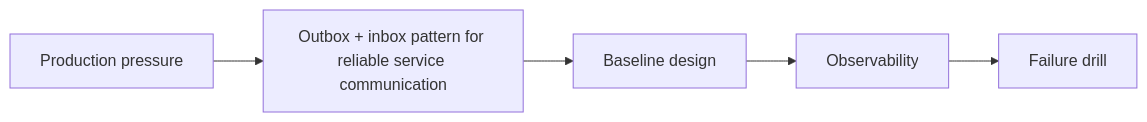
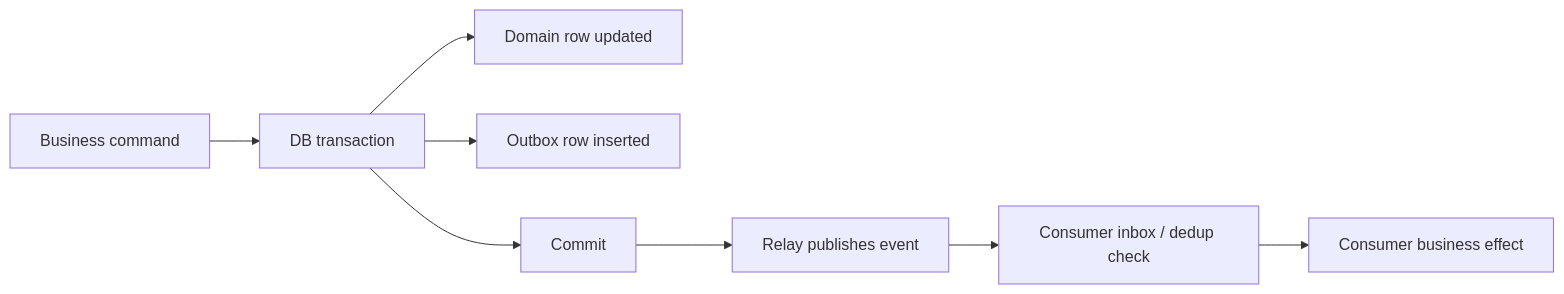
The diagram in _posts/2026-12-05-outbox-inbox-reliable-communication-pattern-part-1.md (sandeepbhardwaj/sandeepbhardwaj.github.io), drawn with Mermaid before and after one commit. The commit also changed other lines of this file and 40 other files, not shown here.

````diff
--- a/_posts/2026-12-05-outbox-inbox-reliable-communication-pattern-part-1.md
+++ b/_posts/2026-12-05-outbox-inbox-reliable-communication-pattern-part-1.md
@@ -57,7 +58,10 @@
 ```mermaid
 flowchart LR
-    A[Production pressure] --> B[Outbox + inbox pattern for reliable service communication]
-    B --> C[Baseline design]
-    C --> D[Observability]
-    D --> E[Failure drill]
+    A[Business command] --> B[DB transaction]
+    B --> C[Domain row updated]
+    B --> D[Outbox row inserted]
+    B --> E[Commit]
+    E --> F[Relay publishes event]
+    F --> G[Consumer inbox / dedup check]
+    G --> H[Consumer business effect]
 ```
````
